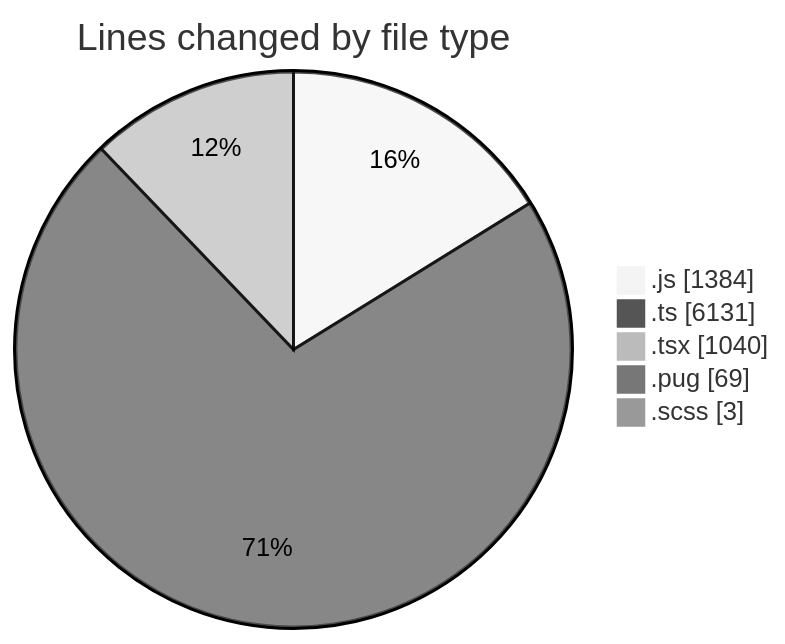
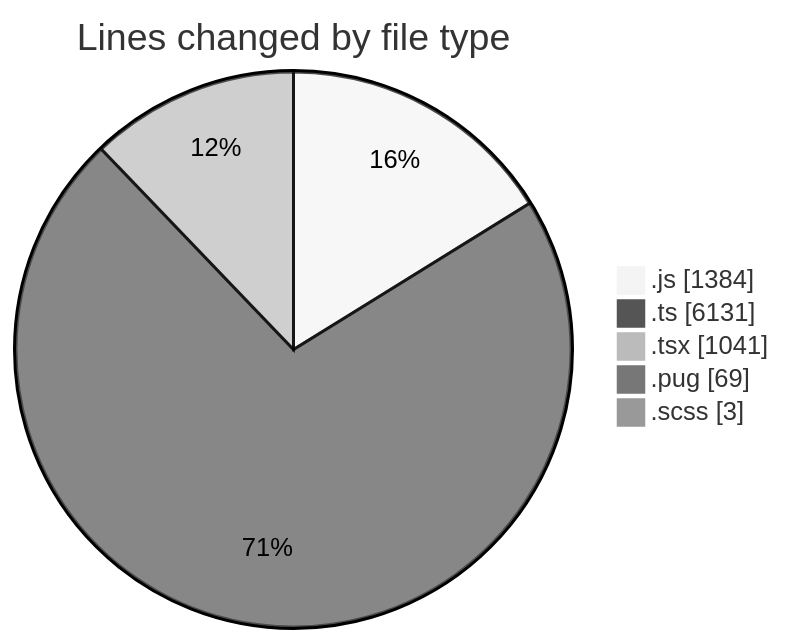
The first of 2 diagrams in 2025-03-25/cda/README.md (momahboobian/code-tracking), drawn with Mermaid (neutral theme) before and after one commit. The commit also changed other lines of this file and 1 other file, not shown here.

````diff
--- a/2025-03-25/cda/README.md
+++ b/2025-03-25/cda/README.md
@@ -37,9 +37,9 @@
 ```mermaid
 pie showData
 title Lines changed by file type
 ".js" : 1384
 ".ts" : 6131
-".tsx" : 1040
+".tsx" : 1041
 ".pug" : 69
 ".scss" : 3
 ```
````
